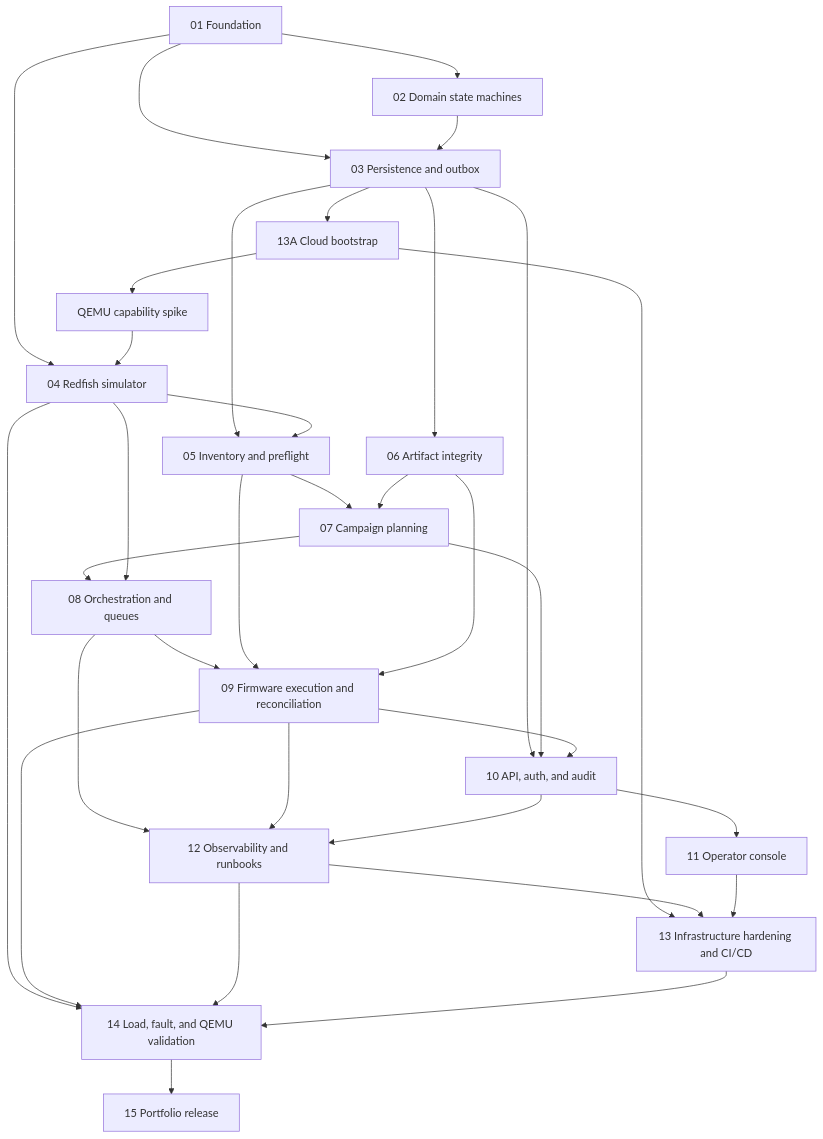
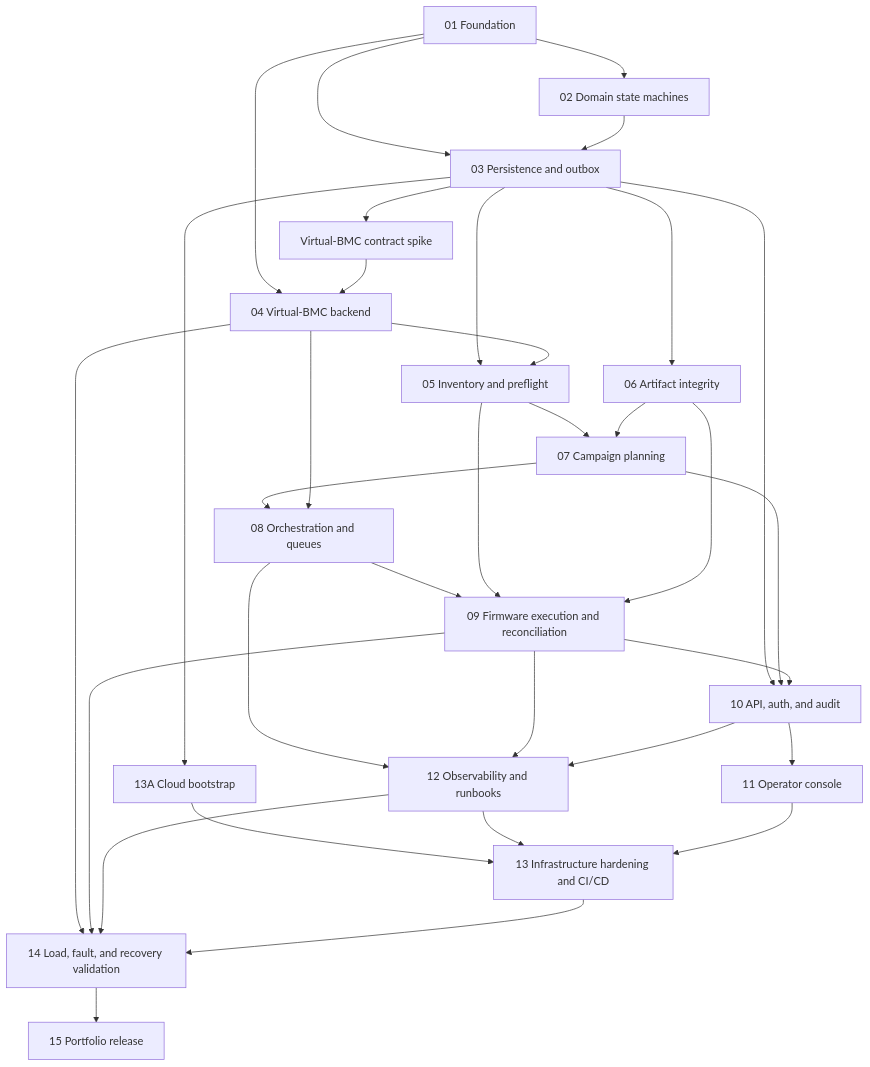
Before and after one commit to parth10-05/FleetForge: the diagram in docs/implementation-plan/README.md, drawn with Mermaid. The commit also changed other lines of this file and 47 other files, not shown here.

Commit message:
docs(architecture): adopt synthetic virtual BMC

````diff
--- a/docs/implementation-plan/README.md
+++ b/docs/implementation-plan/README.md
@@ -41,35 +41,35 @@
 ```mermaid
 flowchart TD
   P01[01 Foundation] --> P02[02 Domain state machines]
   P01 --> P03[03 Persistence and outbox]
   P01 --> P04[04 Redfish simulator]
   P02 --> P03
   P03 --> P13A[13A Cloud bootstrap]
-  P13A --> QSP[QEMU capability spike]
-  QSP --> P04[04 Redfish simulator]
+  P03 --> VBCS[Virtual-BMC contract spike]
+  VBCS --> P04[04 Virtual-BMC backend]
   P03 --> P05[05 Inventory and preflight]
   P04 --> P05
   P03 --> P06[06 Artifact integrity]
   P05 --> P07[07 Campaign planning]
   P06 --> P07
   P07 --> P08[08 Orchestration and queues]
   P04 --> P08
   P08 --> P09[09 Firmware execution and reconciliation]
   P05 --> P09
   P06 --> P09
   P03 --> P10[10 API, auth, and audit]
   P07 --> P10
   P09 --> P10
   P10 --> P11[11 Operator console]
   P08 --> P12[12 Observability and runbooks]
   P09 --> P12
   P10 --> P12
   P13A --> P13[13 Infrastructure hardening and CI/CD]
   P12 --> P13
   P11 --> P13
-  P04 --> P14[14 Load, fault, and QEMU validation]
+  P04 --> P14[14 Load, fault, and recovery validation]
   P09 --> P14
   P12 --> P14
   P13 --> P14
   P14 --> P15[15 Portfolio release]
 ```
````
